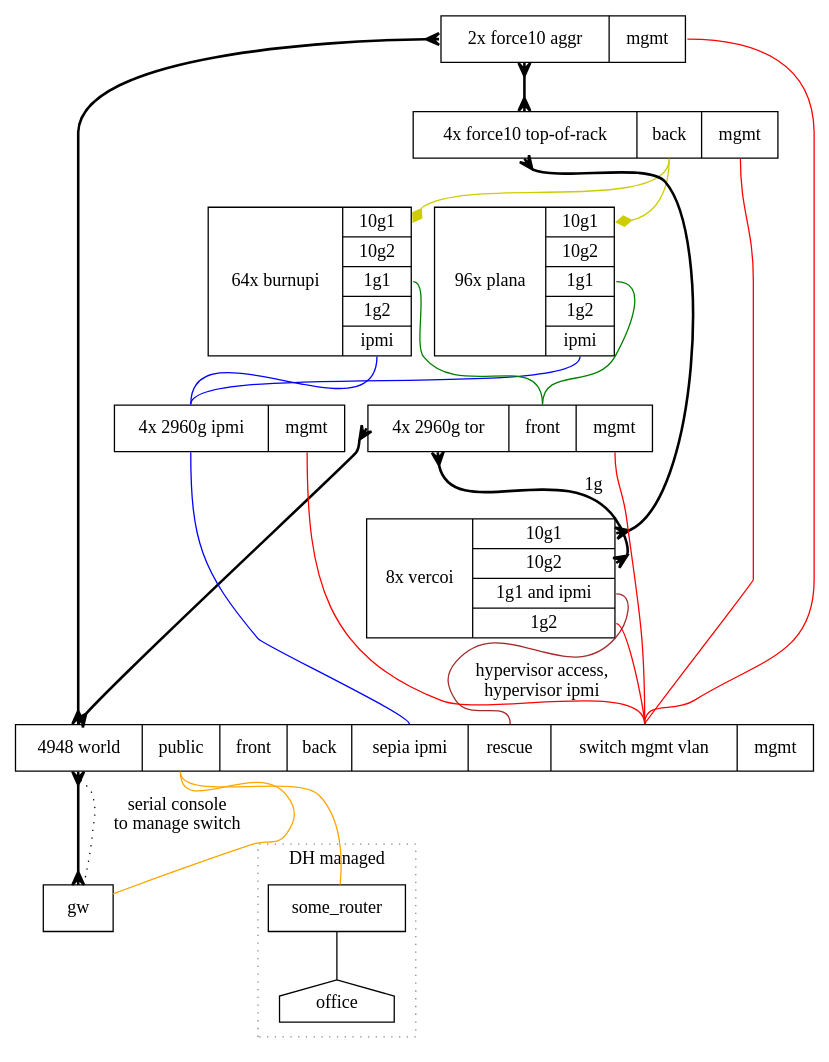
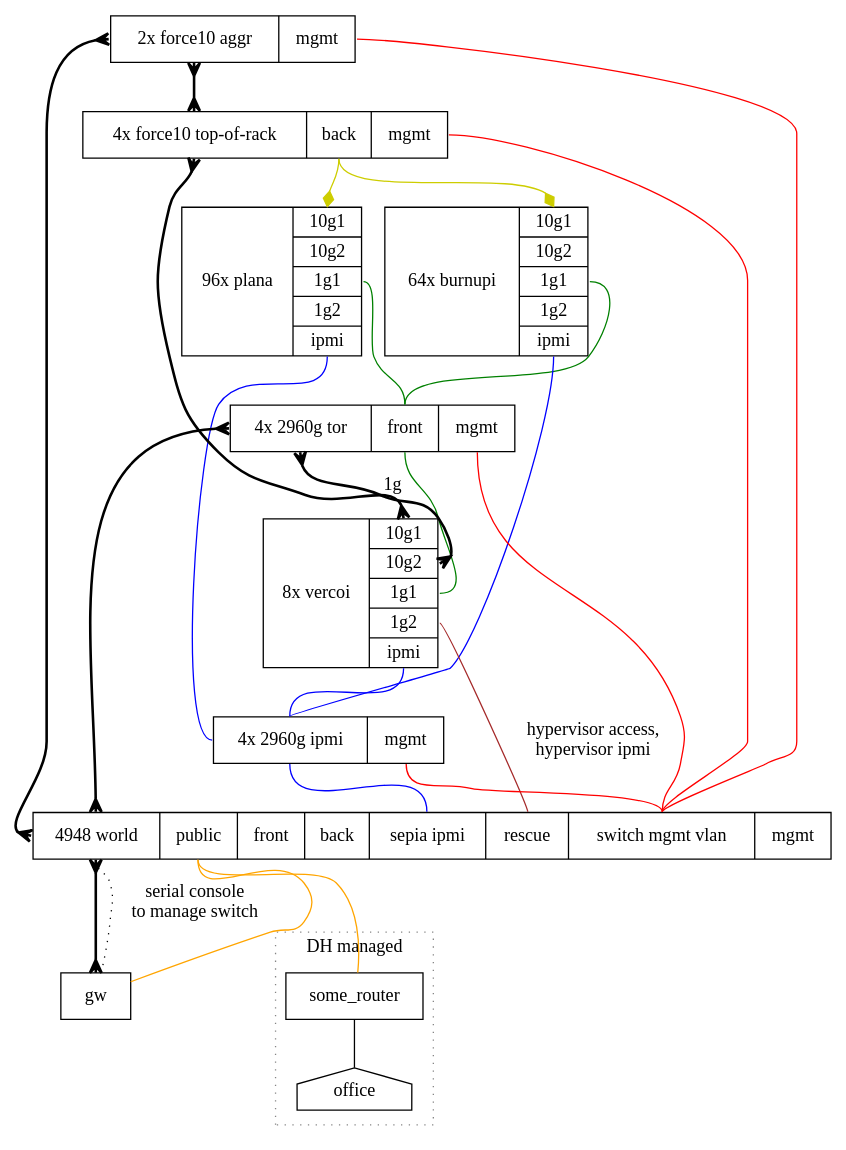
The diagram in doc/network/network.dot (ceph/sepia), drawn with Graphviz before and after one commit.

Commit message:
Rewhack network diagram to more-closely represent reality

```diff
--- a/doc/network/network.dot
+++ b/doc/network/network.dot
@@ -1,85 +1,86 @@
 digraph "new-sepia-network" {
   edge [arrowhead=none];
   node [shape=record];
   
   plana [label="96x plana|{<10g1>10g1|<10g2>10g2|<1g1>1g1|<1g2>1g2|<ipmi> ipmi}"];
   burnupi [label="64x burnupi|{<10g1>10g1|<10g2>10g2|<1g1>1g1|<1g2>1g2|<ipmi> ipmi}"];
-  vercoi [label="8x vercoi|{<10g1>10g1|<10g2>10g2|<1g1 and ipmi>1g1 and ipmi|<1g2>1g2}"];
+  vercoi [label="8x vercoi|{<10g1>10g1|<10g2>10g2|<1g1>1g1|<1g2>1g2|<ipmi>ipmi}"];
   gw [label="gw"];
   
   force10_tor [label="<tor>4x force10 top-of-rack|<back> back|<mgmt> mgmt"];
   force10_interconnect [label="<ic>2x force10 aggr|<mgmt> mgmt"];
   
   force10_interconnect:ic -> force10_tor:tor [weight=100, dir=both, arrowhead=crow, arrowtail=crow, style=bold];
   
   force10_interconnect:ic -> world:trunk [weight=100, dir=both, arrowhead=crow, arrowtail=crow, style=bold];
   
   subgraph front {
     edge [color=yellow3, arrowhead=diamond];
     
     force10_tor:back -> plana:"10g1";
     force10_tor:back -> burnupi:"10g1";
   }
   force10_tor:tor -> vercoi:"10g1" [weight=100, dir=both, arrowhead=crow, arrowtail=crow, style=bold];
   
   slow [label="<tor>4x 2960g tor|<front> front|<mgmt> mgmt"];
   slow:tor -> world:trunk [weight=100, dir=both, arrowhead=crow, arrowtail=crow, style=bold];
   
   ipmi [label="<sepia_ipmi>4x 2960g ipmi|<mgmt> mgmt"];
   
   world [label="<trunk>4948 world|<pub> public|<front> front|<back> back|<sepia_ipmi> sepia ipmi|<rescue> rescue|<switch_mgmt> switch mgmt vlan|<mgmt> mgmt"];
   
   subgraph cluster_dh_managed {
     label="DH managed";
     style=dotted;
     color=gray52;
     
     some_router;
     office [shape=house];
   }
   
   subgraph sepia_ipmi {
     edge [color=blue];
     
     plana:ipmi -> ipmi:sepia_ipmi;
     burnupi:ipmi -> ipmi:sepia_ipmi;
+    vercoi:ipmi -> ipmi:sepia_ipmi;
     ipmi:sepia_ipmi -> world:sepia_ipmi;
   }
   
   subgraph switch_mgmt {
     edge [color=red];
     
     force10_tor:mgmt -> world:switch_mgmt;
     force10_interconnect:mgmt -> world:switch_mgmt;
     slow:mgmt -> world:switch_mgmt;
     ipmi:mgmt -> world:switch_mgmt;
-    vercoi:"1g2" -> world:switch_mgmt;
   }
   
   subgraph back {
     edge [color=green, dir=front, arrowtail=diamond];
     
     plana:"1g1" -> slow:front;
     burnupi:"1g1" -> slow:front;
+    vercoi:"1g1" -> slow:front;
   }
 
   slow:tor -> vercoi:"10g2" [weight=100, dir=both, arrowhead=crow, arrowtail=crow, style=bold, label="1g"];
   
   subgraph pub {
     edge [color=orange1];
     
     world:trunk -> gw [weight=100, dir=both, arrowhead=crow, arrowtail=crow, color=black, style=bold];
     world:pub -> gw;
     world:pub -> some_router;
   }
   
   gw -> world:trunk [label="serial console\nto manage switch", style=dotted];
   
   some_router -> office;
   
   subgraph rescue {
     edge [color=brown];
     
-    vercoi:"1g1 and ipmi" -> world:rescue [label="hypervisor access,\nhypervisor ipmi"];
+    vercoi:"1g2" -> world:rescue [label="hypervisor access,\nhypervisor ipmi"];
   }
 }
```
